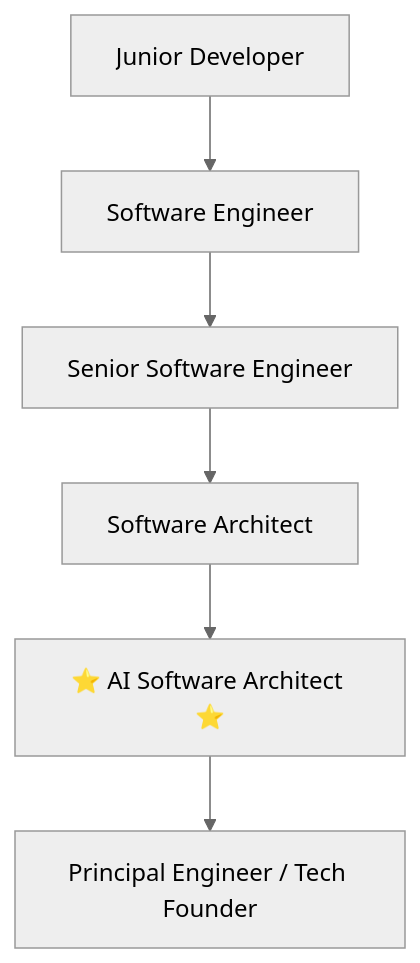
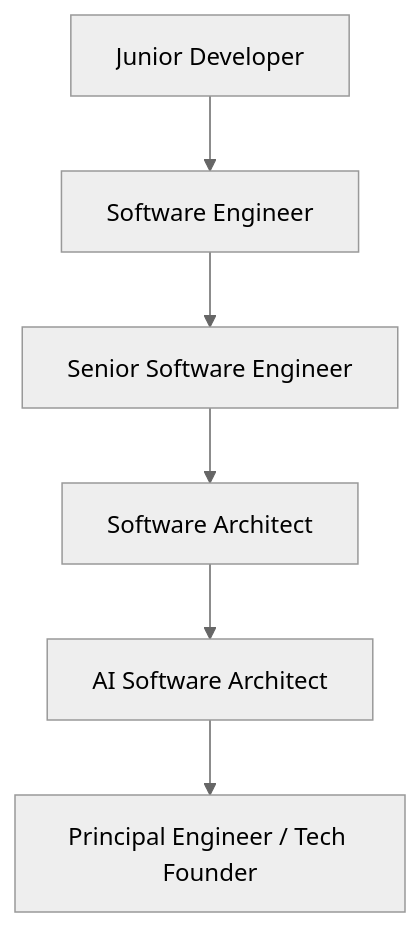
The fourth of 4 diagrams in ROADMAP.md (Ukt01/ai-software-engineer-roadmap), drawn with Mermaid (neutral theme) before and after one commit. The commit also changed other lines of this file, not shown here.

Commit message:
style: remove all emojis and icons from ROADMAP.md per repository rule set

````diff
--- a/ROADMAP.md
+++ b/ROADMAP.md
@@ -236,8 +236,8 @@
 ```mermaid
 flowchart TD
     Dev[Junior Developer] --> SE[Software Engineer]
     SE --> Senior[Senior Software Engineer]
     Senior --> Architect[Software Architect]
-    Architect --> AIArchitect[⭐ AI Software Architect ⭐]
+    Architect --> AIArchitect[AI Software Architect]
     AIArchitect --> Leadership[Principal Engineer / Tech Founder]
 ```
````
